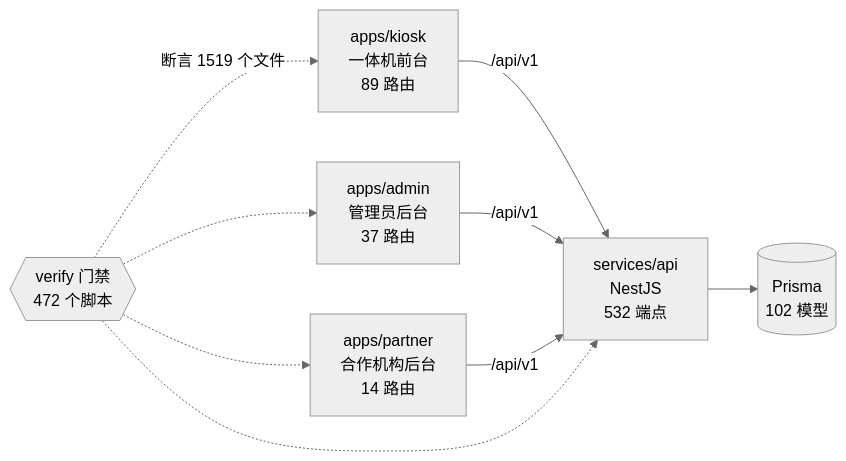
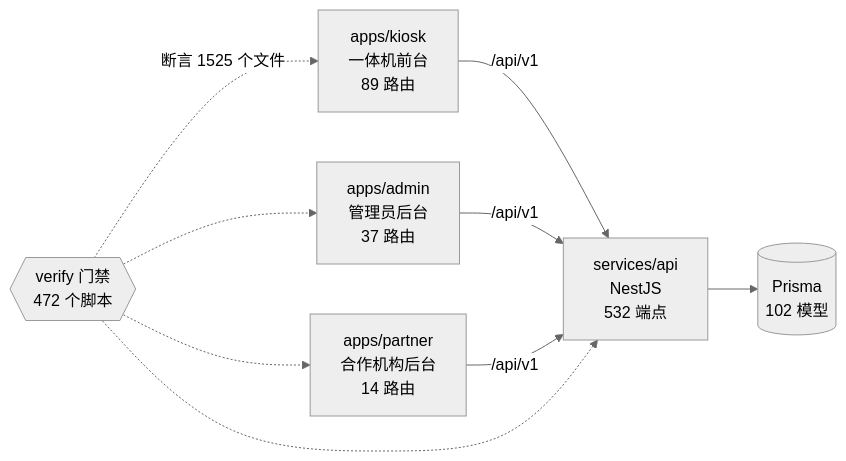
Before and after one commit to wanglei581/YITIJI: the diagram in docs/graph/README.md, drawn with Mermaid (neutral theme). The commit also changed other lines of this file and 18 other files, not shown here.

````diff
--- a/docs/graph/README.md
+++ b/docs/graph/README.md
@@ -68,18 +68,18 @@
 ```mermaid
 flowchart LR
   kiosk["apps/kiosk<br/>一体机前台<br/>89 路由"]
   admin["apps/admin<br/>管理员后台<br/>37 路由"]
   partner["apps/partner<br/>合作机构后台<br/>14 路由"]
   api["services/api<br/>NestJS<br/>532 端点"]
   db[("Prisma<br/>102 模型")]
   gates{{"verify 门禁<br/>472 个脚本"}}
 
   kiosk -->|"/api/v1"| api
   admin -->|"/api/v1"| api
   partner -->|"/api/v1"| api
   api --> db
-  gates -.->|"断言 1519 个文件"| kiosk
+  gates -.->|"断言 1525 个文件"| kiosk
   gates -.-> admin
   gates -.-> partner
   gates -.-> api
 ```
````
